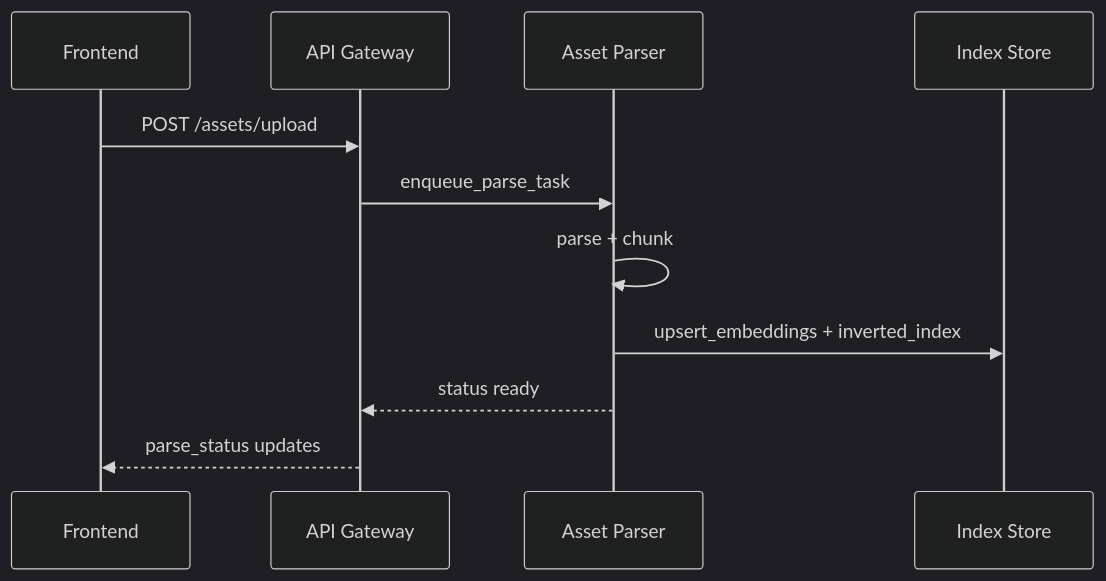
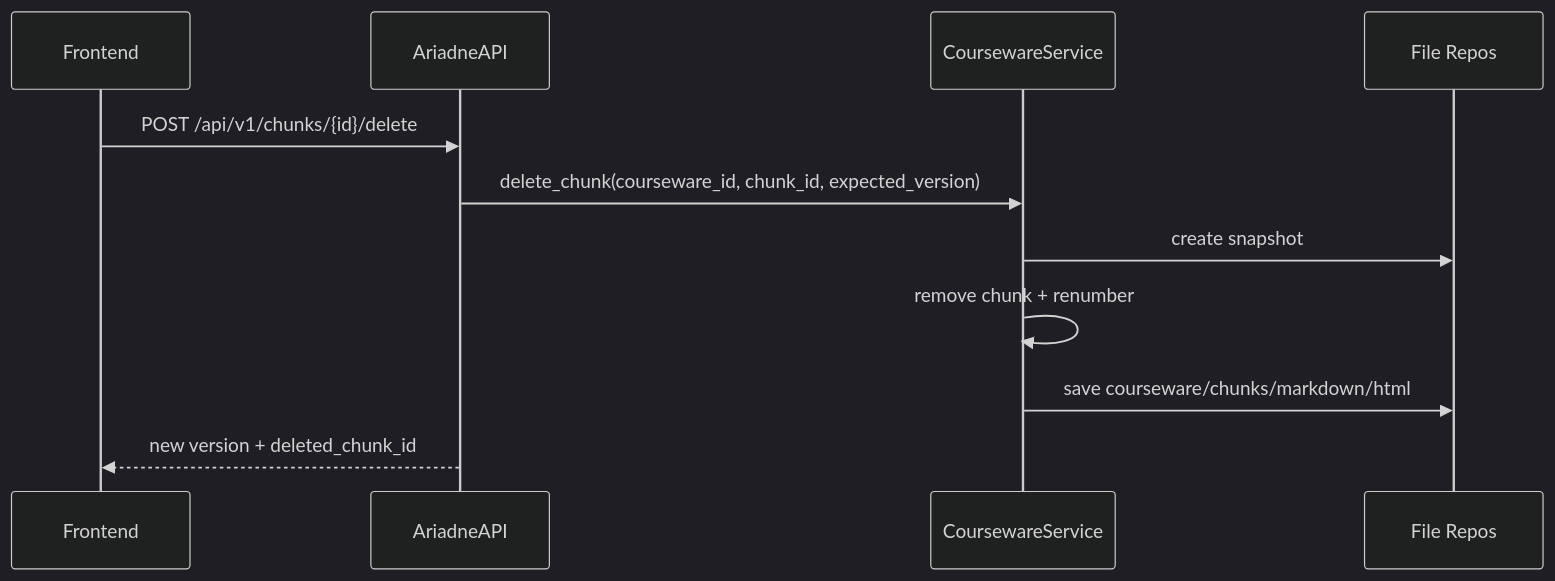
One commit to HerculeLiu/Ariadne changed the fifth of 5 diagrams in 架构文档.md. Above: the diagram before and after it, drawn with Mermaid (dark theme). The commit also changed other lines of this file and 2 other files, not shown here.

Commit message:
docs: align architecture and API docs with current implementation

````diff
--- a/架构文档.md
+++ b/架构文档.md
@@ -115,14 +290,14 @@
 ```mermaid
 sequenceDiagram
   participant UI as Frontend
-  participant GW as API Gateway
-  participant AS as Asset Parser
-  participant IDX as Index Store
+  participant API as AriadneAPI
+  participant CW as CoursewareService
+  participant FS as File Repos
 
-  UI->>GW: POST /assets/upload
-  GW->>AS: enqueue_parse_task
-  AS->>AS: parse + chunk
-  AS->>IDX: upsert_embeddings + inverted_index
-  AS-->>GW: status ready
-  GW-->>UI: parse_status updates
+  UI->>API: POST /api/v1/chunks/{id}/delete
+  API->>CW: delete_chunk(courseware_id, chunk_id, expected_version)
+  CW->>FS: create snapshot
+  CW->>CW: remove chunk + renumber
+  CW->>FS: save courseware/chunks/markdown/html
+  API-->>UI: new version + deleted_chunk_id
 ```
````
